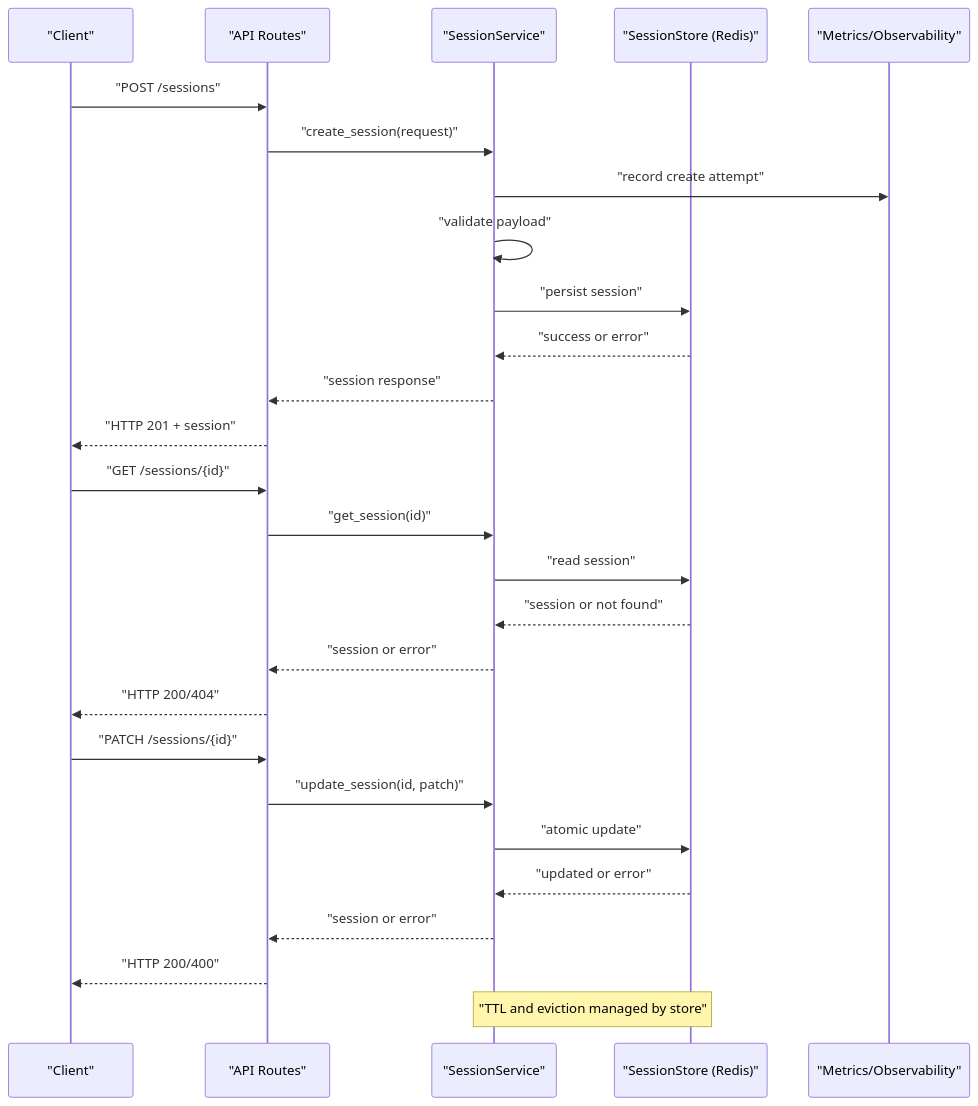
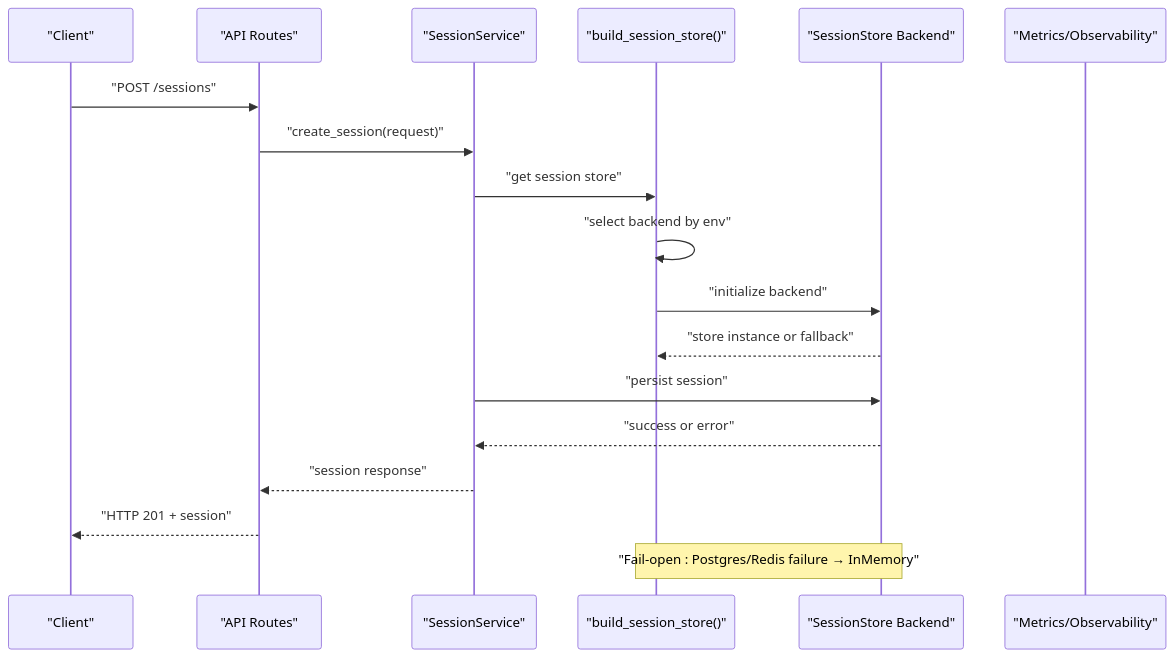
One commit to metasync/luban-aiops changed the second of 5 diagrams in .qoder/repowiki/en/content/Agent Platform Service/Session Management and State Persistence.md. Above: the diagram before and after it, drawn with Mermaid. The commit also changed other lines of this file and 6 other files, not shown here.

````diff
--- a/.qoder/repowiki/en/content/Agent Platform Service/Session Management and State Persistence.md
+++ b/.qoder/repowiki/en/content/Agent Platform Service/Session Management and State Persistence.md
@@ -161,29 +160,20 @@
 ```mermaid
 sequenceDiagram
 participant Client as "Client"
 participant Routes as "API Routes"
 participant Service as "SessionService"
-participant Store as "SessionStore (Redis)"
+participant Factory as "build_session_store()"
+participant Store as "SessionStore Backend"
 participant Metrics as "Metrics/Observability"
 Client->>Routes : "POST /sessions"
 Routes->>Service : "create_session(request)"
-Service->>Metrics : "record create attempt"
-Service->>Service : "validate payload"
+Service->>Factory : "get session store"
+Factory->>Factory : "select backend by env"
+Factory->>Store : "initialize backend"
+Store-->>Factory : "store instance or fallback"
 Service->>Store : "persist session"
 Store-->>Service : "success or error"
 Service-->>Routes : "session response"
 Routes-->>Client : "HTTP 201 + session"
-Client->>Routes : "GET /sessions/{id}"
-Routes->>Service : "get_session(id)"
-Service->>Store : "read session"
-Store-->>Service : "session or not found"
-Service-->>Routes : "session or error"
-Routes-->>Client : "HTTP 200/404"
-Client->>Routes : "PATCH /sessions/{id}"
-Routes->>Service : "update_session(id, patch)"
-Service->>Store : "atomic update"
-Store-->>Service : "updated or error"
-Service-->>Routes : "session or error"
-Routes-->>Client : "HTTP 200/400"
-Note over Service,Store : "TTL and eviction managed by store"
+Note over Factory,Store : "Fail-open : Postgres/Redis failure → InMemory"
 ```
````
